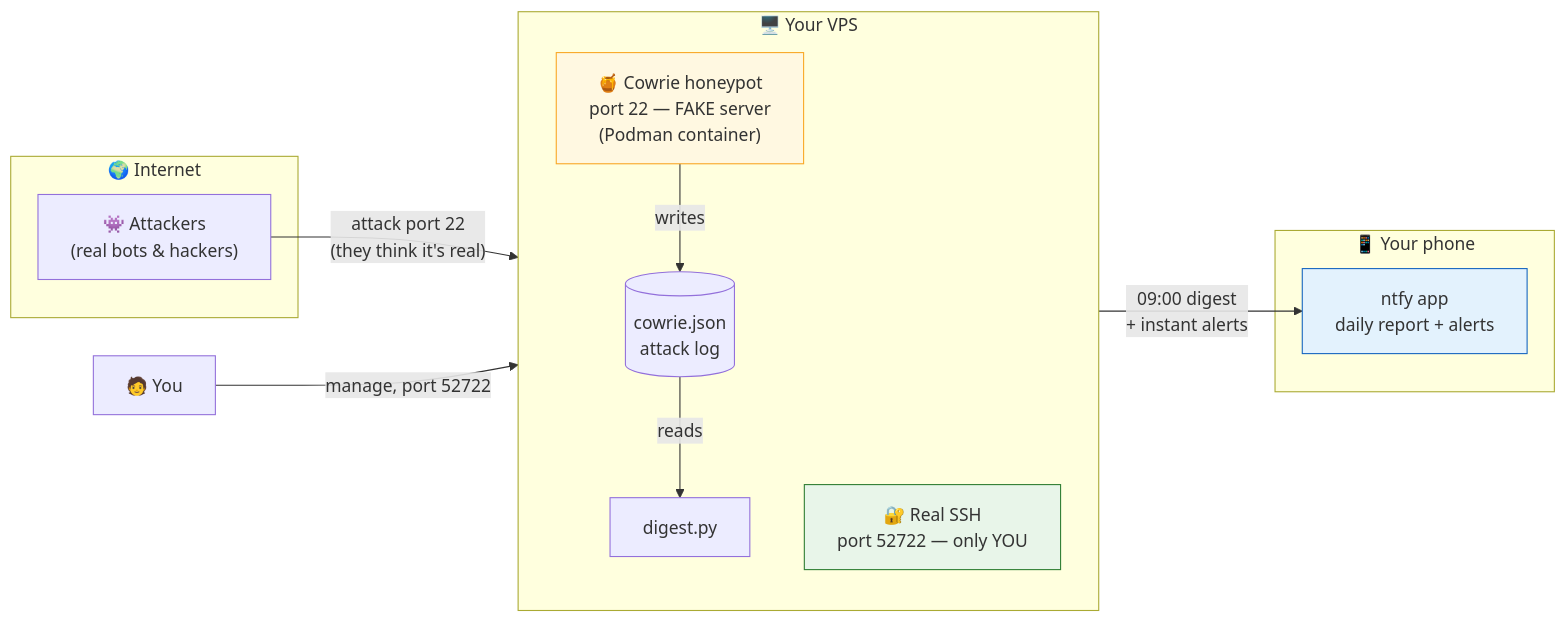
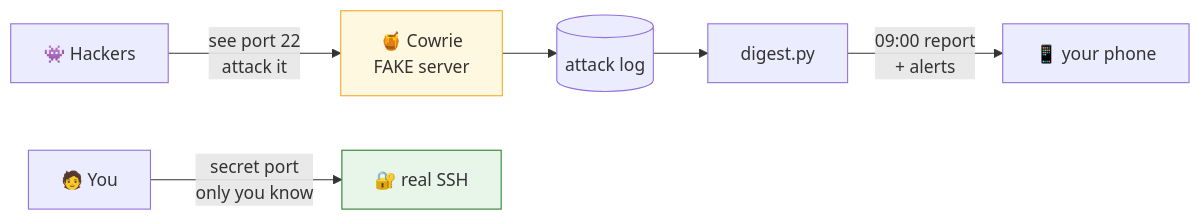
Before and after one commit to W0nIE/cowrie-digest: the first of 2 diagrams in docs/HONEYPOT-GUIDE.md, drawn with Mermaid. The commit also changed other lines of this file, not shown here.

Commit message:
#13 docs: mask real IP/port, shorten guide 2.5x, add step-by-step algorithm diagram

````diff
--- a/docs/HONEYPOT-GUIDE.md
+++ b/docs/HONEYPOT-GUIDE.md
@@ -11,28 +6,11 @@
 ```mermaid
 flowchart LR
-    subgraph Internet["🌍 Internet"]
-        H["👾 Attackers<br/>(real bots & hackers)"]
-    end
-
-    subgraph VPS["🖥️ Your VPS"]
-        direction TB
-        C["🍯 Cowrie honeypot<br/>port 22 — FAKE server<br/>(Podman container)"]
-        S["🔐 Real SSH<br/>port 52722 — only YOU"]
-        L[("cowrie.json<br/>attack log")]
-        D["digest.py"]
-        C -->|writes| L
-        L -->|reads| D
-    end
-
-    subgraph Phone["📱 Your phone"]
-        N["ntfy app<br/>daily report + alerts"]
-    end
-
-    H -->|"attack port 22<br/>(they think it's real)"| C
-    You["🧑 You"] -->|"manage, port 52722"| S
-    D -->|"09:00 digest<br/>+ instant alerts"| N
+    H["👾 Hackers"] -->|"see port 22<br/>attack it"| C["🍯 Cowrie<br/>FAKE server"]
+    You["🧑 You"] -->|"secret port<br/>only you know"| S["🔐 real SSH"]
+    C --> L[("attack log")]
+    L --> D["digest.py"]
+    D -->|"09:00 report<br/>+ alerts"| P["📱 your phone"]
 
     style C fill:#fff8e1,stroke:#f9a825
     style S fill:#e8f5e9,stroke:#2e7d32
-    style N fill:#e3f2fd,stroke:#1565c0
 ```
````
